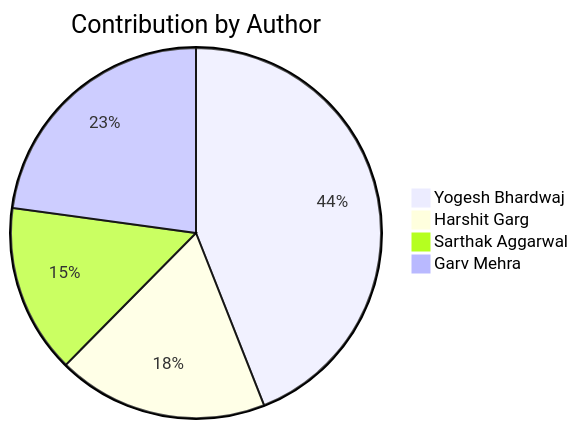
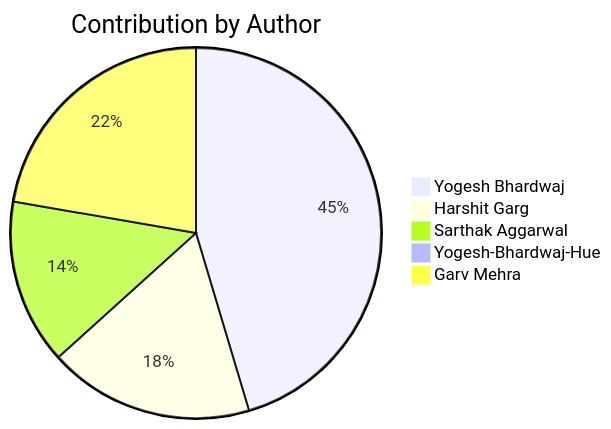
One commit to Yogesh-Bhardwaj-hue/Scm-Final_2.0 changed the second of 2 diagrams in README.md. Above: the diagram before and after it, drawn with Mermaid. The commit also changed other lines of this file, not shown here.

Commit message:
ooAURSBwzhV5

````diff
--- a/README.md
+++ b/README.md
@@ -220,7 +220,8 @@
 ```mermaid
 pie title Contribution by Author
-    "Yogesh Bhardwaj": 158
+    "Yogesh Bhardwaj": 167
     "Harshit Garg": 66
     "Sarthak Aggarwal": 53
+    "Yogesh-Bhardwaj-Hue": 1
     "Garv Mehra": 82
 ```
````
